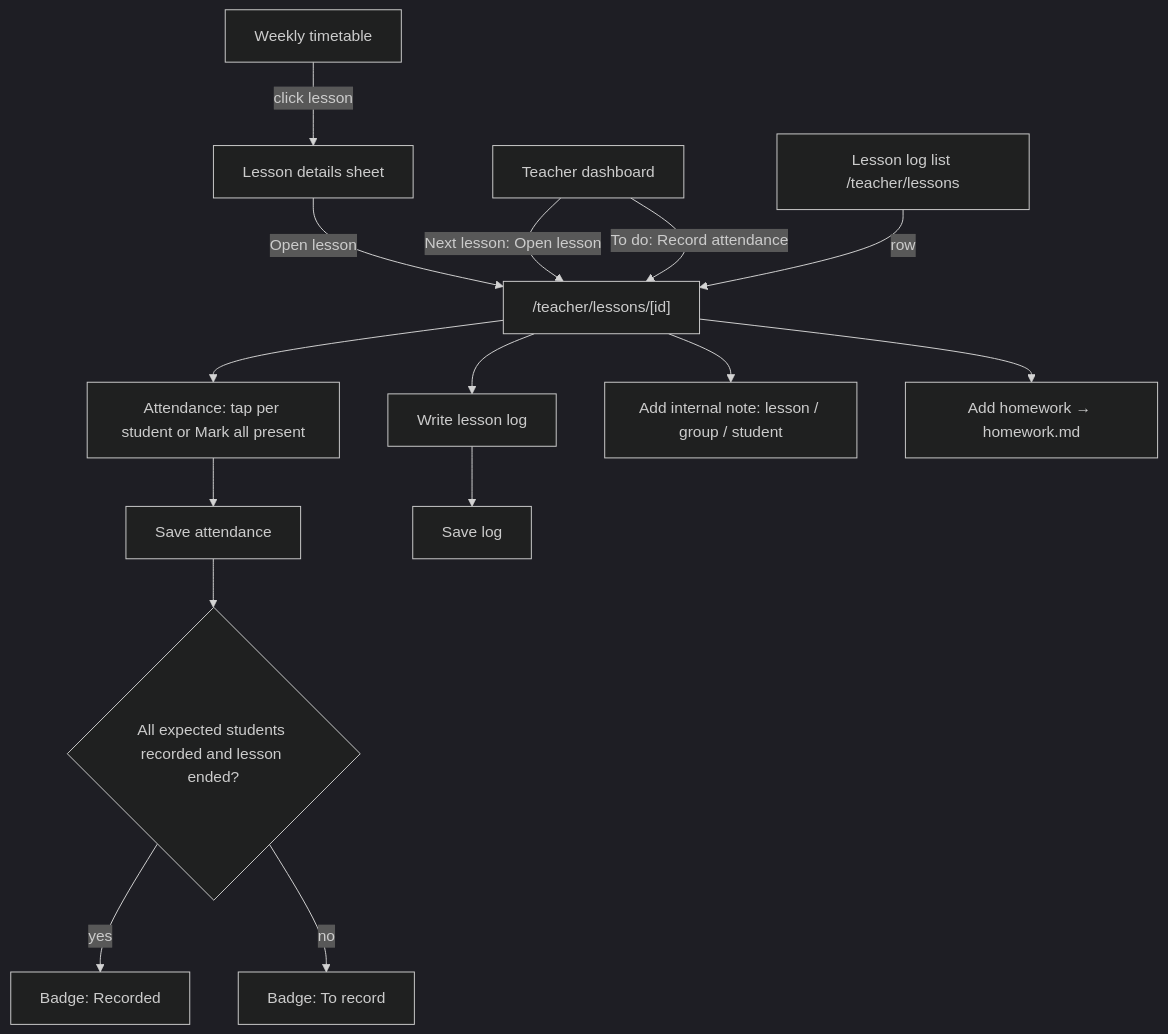
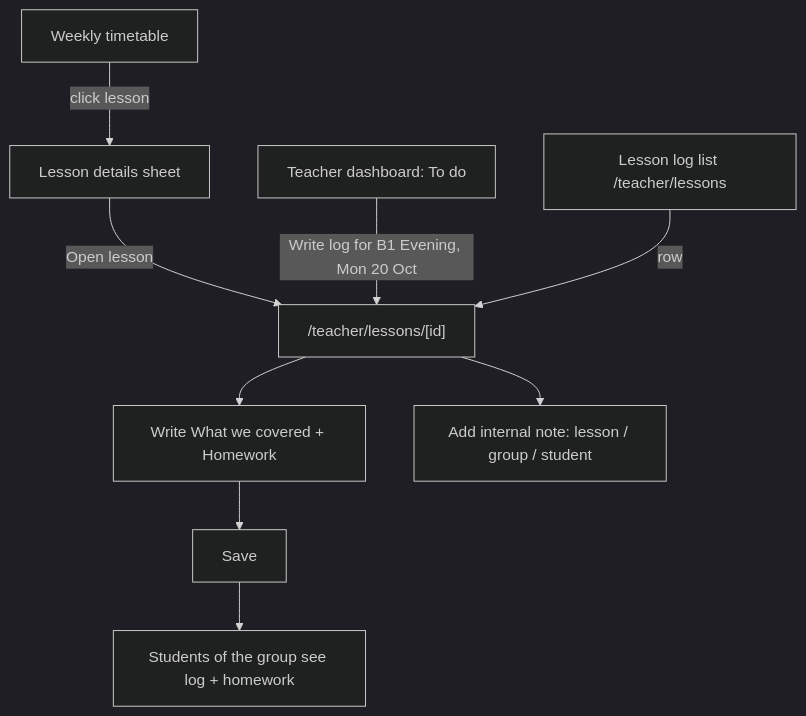
Before and after one commit to NoncommissionedRush/schoolmanager: the first of 2 diagrams in docs/design/lessons.md, drawn with Mermaid (dark theme). The commit also changed other lines of this file and 4 other files, not shown here.

First line of the commit message:
docs(design): drop attendance, simplify homework to one field (CARM-34)

````diff
--- a/docs/design/lessons.md
+++ b/docs/design/lessons.md
@@ -101,15 +99,10 @@
 ```mermaid
 flowchart TD
   TT[Weekly timetable] -->|click lesson| SH[Lesson details sheet]
   SH -->|Open lesson| LP["/teacher/lessons/[id]"]
-  DB[Teacher dashboard] -->|Next lesson: Open lesson| LP
-  DB -->|To do: Record attendance| LP
+  DB[Teacher dashboard: To do] -->|Write log for B1 Evening, Mon 20 Oct| LP
   LL["Lesson log list /teacher/lessons"] -->|row| LP
-  LP --> ATT[Attendance: tap per student or Mark all present] --> SAVEA[Save attendance]
-  LP --> LOG[Write lesson log] --> SAVEL[Save log]
-  LP --> NOTE[Add internal note: lesson / group / student]
-  LP --> HW[Add homework → homework.md]
-  SAVEA --> REC{All expected students recorded and lesson ended?}
-  REC -- yes --> DONE[Badge: Recorded]
-  REC -- no --> TODO[Badge: To record]
+  LP --> W[Write What we covered + Homework] --> S[Save]
+  LP --> N[Add internal note: lesson / group / student]
+  S --> ST[Students of the group see log + homework]
 ```
````
